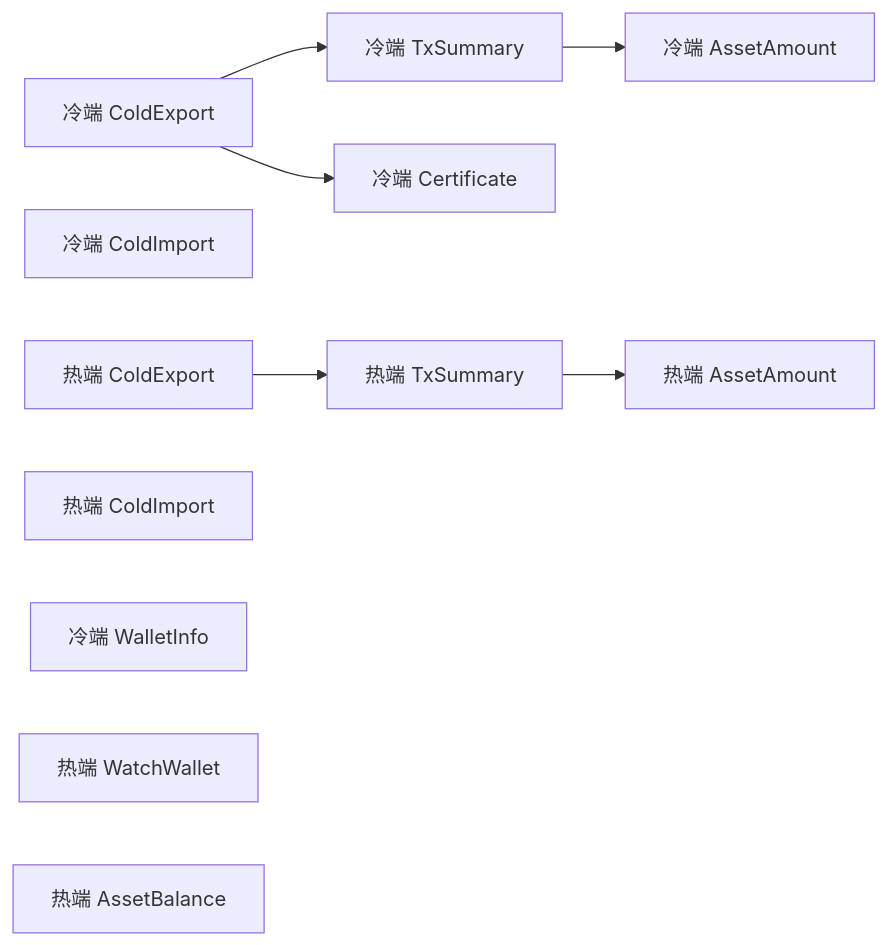
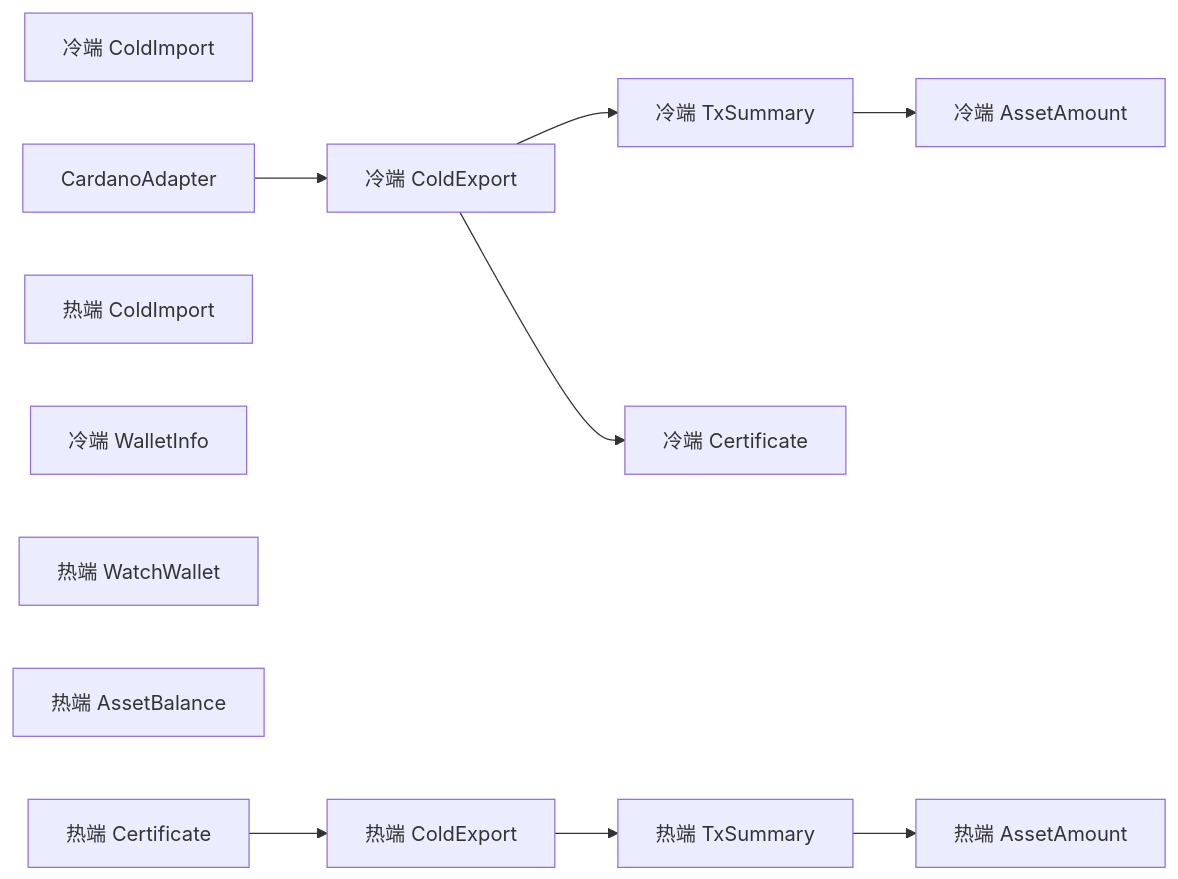
One commit to EqualToEthan/stasis changed the seventh of 8 diagrams in .qoder/repowiki/zh/content/数据模型.md. Above: the diagram before and after it, drawn with Mermaid. The commit also changed other lines of this file and 60 other files, not shown here.

````diff
--- a/.qoder/repowiki/zh/content/数据模型.md
+++ b/.qoder/repowiki/zh/content/数据模型.md
@@ -398,13 +428,15 @@
 ```mermaid
 graph LR
 CE_app["冷端 ColdExport"] --> TS_app["冷端 TxSummary"]
 TS_app --> AA_app["冷端 AssetAmount"]
 CE_app --> CERT_APP["冷端 Certificate"]
 CI_app["冷端 ColdImport"]
+CA["CardanoAdapter"] --> CE_app
 CE_watch["热端 ColdExport"] --> TS_watch["热端 TxSummary"]
 TS_watch --> AA_watch["热端 AssetAmount"]
 CI_watch["热端 ColdImport"]
 WI["冷端 WalletInfo"]
 WW["热端 WatchWallet"]
 AB["热端 AssetBalance"]
+CERT_WATCH["热端 Certificate"] --> CE_watch
 ```
````
